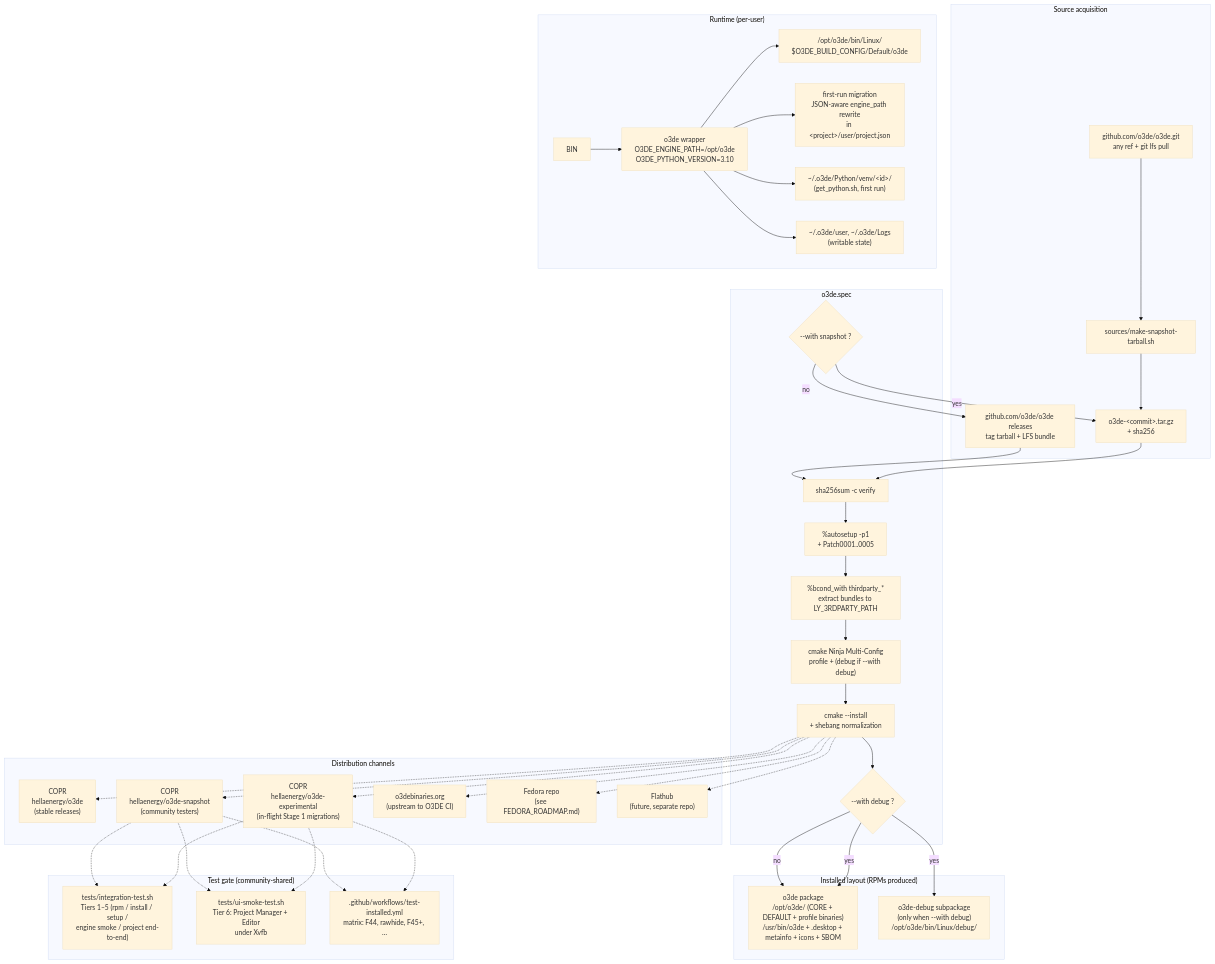
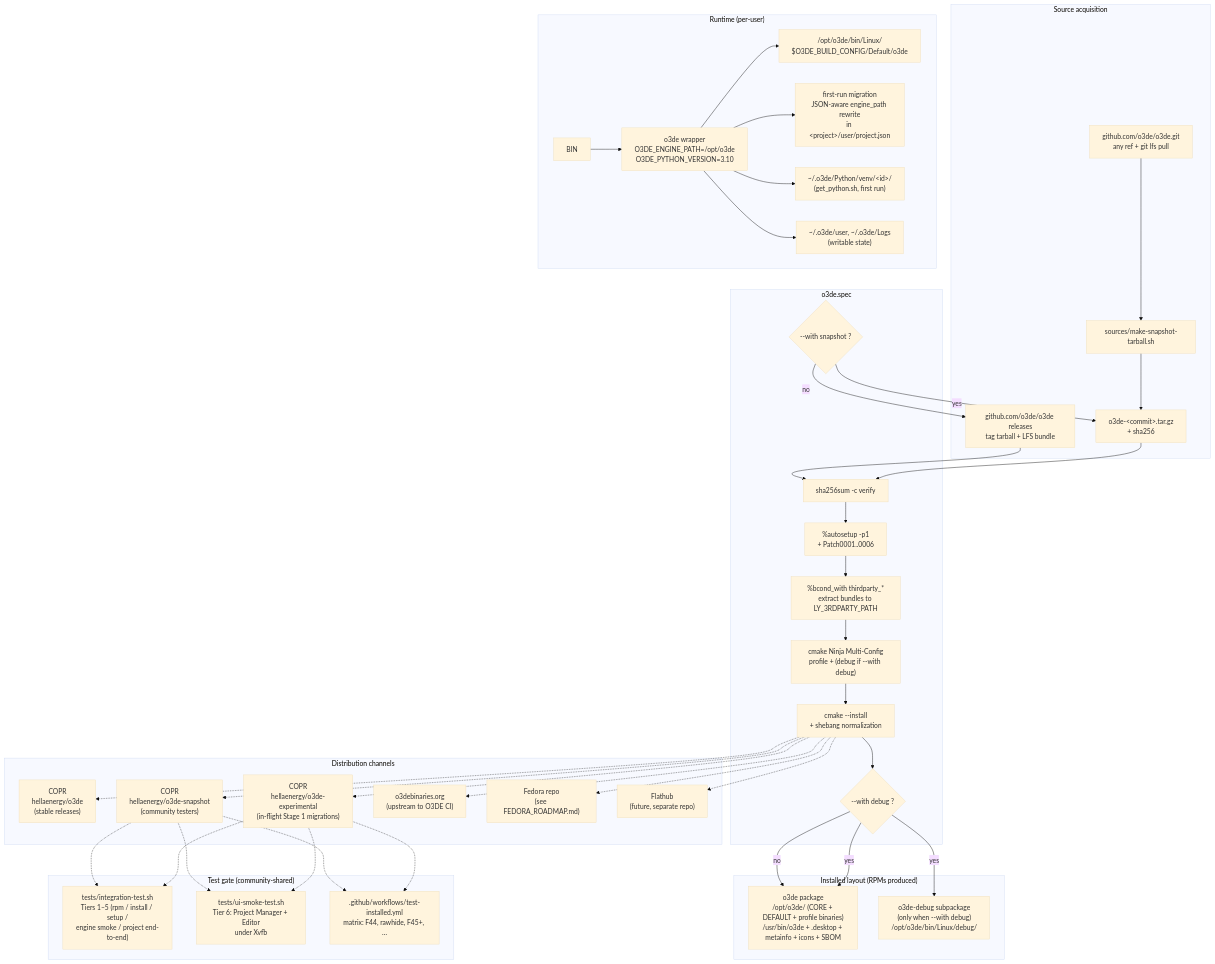
The diagram in ARCHITECTURE.md (nickschuetz/o3de-rpm), drawn with Mermaid (base theme) before and after one commit. The commit also changed 2 other files, not shown here.

First paragraph of the commit message:
copr-init covers all three engine projects; pitch upstream candidates
Three small but useful housekeeping updates that came out of the
parallel-project work:

````diff
--- a/ARCHITECTURE.md
+++ b/ARCHITECTURE.md
@@ -7,72 +7,72 @@
 ```mermaid
 flowchart TB
     subgraph SRC["Source acquisition"]
         S1["github.com/o3de/o3de releases<br/>tag tarball + LFS bundle"]
         S2["github.com/o3de/o3de.git<br/>any ref + git lfs pull"]
         SH["sources/make-snapshot-tarball.sh"]
         S2 --> SH --> SNAP["o3de-&lt;commit&gt;.tar.gz<br/>+ sha256"]
     end
 
     subgraph SPEC["o3de.spec"]
         BC{"--with snapshot ?"}
         SHA["sha256sum -c verify"]
-        AUTO["%autosetup -p1<br/>+ Patch0001..0005"]
+        AUTO["%autosetup -p1<br/>+ Patch0001..0006"]
         TP["%bcond_with thirdparty_*<br/>extract bundles to LY_3RDPARTY_PATH"]
         BUILD["cmake Ninja Multi-Config<br/>profile + (debug if --with debug)"]
         INST["cmake --install<br/>+ shebang normalization"]
         DBG{"--with debug ?"}
         BC -->|no| S1
         BC -->|yes| SNAP
         S1 --> SHA
         SNAP --> SHA
         SHA --> AUTO --> TP --> BUILD --> INST
         INST --> DBG
     end
 
     subgraph INSTALL["Installed layout (RPMs produced)"]
         MAIN["o3de package<br/>/opt/o3de/ (CORE + DEFAULT + profile binaries)<br/>/usr/bin/o3de + .desktop + metainfo + icons + SBOM"]
         DBGPKG["o3de-debug subpackage<br/>(only when --with debug)<br/>/opt/o3de/bin/Linux/debug/"]
         DBG -->|no| MAIN
         DBG -->|yes| MAIN
         DBG -->|yes| DBGPKG
     end
 
     subgraph RT["Runtime (per-user)"]
         WRAP["o3de wrapper<br/>O3DE_ENGINE_PATH=/opt/o3de<br/>O3DE_PYTHON_VERSION=3.10"]
         MIG["first-run migration<br/>JSON-aware engine_path rewrite<br/>in &lt;project&gt;/user/project.json"]
         PY["~/.o3de/Python/venv/&lt;id&gt;/<br/>(get_python.sh, first run)"]
         UD["~/.o3de/user, ~/.o3de/Logs<br/>(writable state)"]
         ENG["/opt/o3de/bin/Linux/<br/>$O3DE_BUILD_CONFIG/Default/o3de"]
         BIN --> WRAP --> ENG
         WRAP --> MIG
         WRAP --> PY
         WRAP --> UD
     end
 
     subgraph DIST["Distribution channels"]
         DC1A["COPR<br/>hellaenergy/o3de<br/>(stable releases)"]
         DC1B["COPR<br/>hellaenergy/o3de-snapshot<br/>(community testers)"]
         DC1C["COPR<br/>hellaenergy/o3de-experimental<br/>(in-flight Stage 1 migrations)"]
         DC2["o3debinaries.org<br/>(upstream to O3DE CI)"]
         DC3["Fedora repo<br/>(see FEDORA_ROADMAP.md)"]
         DC4["Flathub<br/>(future, separate repo)"]
         INST -.-> DC1A
         INST -.-> DC1B
         INST -.-> DC1C
         INST -.-> DC2
         INST -.-> DC3
         INST -.-> DC4
     end
 
     subgraph TEST["Test gate (community-shared)"]
         T1["tests/integration-test.sh<br/>Tiers 1–5 (rpm / install / setup /<br/>engine smoke / project end-to-end)"]
         T2["tests/ui-smoke-test.sh<br/>Tier 6: Project Manager + Editor<br/>under Xvfb"]
         T3[".github/workflows/test-installed.yml<br/>matrix: F44, rawhide, F45+, …"]
         DC1B -.-> T1
         DC1B -.-> T2
         DC1B -.-> T3
         DC1C -.-> T1
         DC1C -.-> T2
         DC1C -.-> T3
     end
 ```
````
